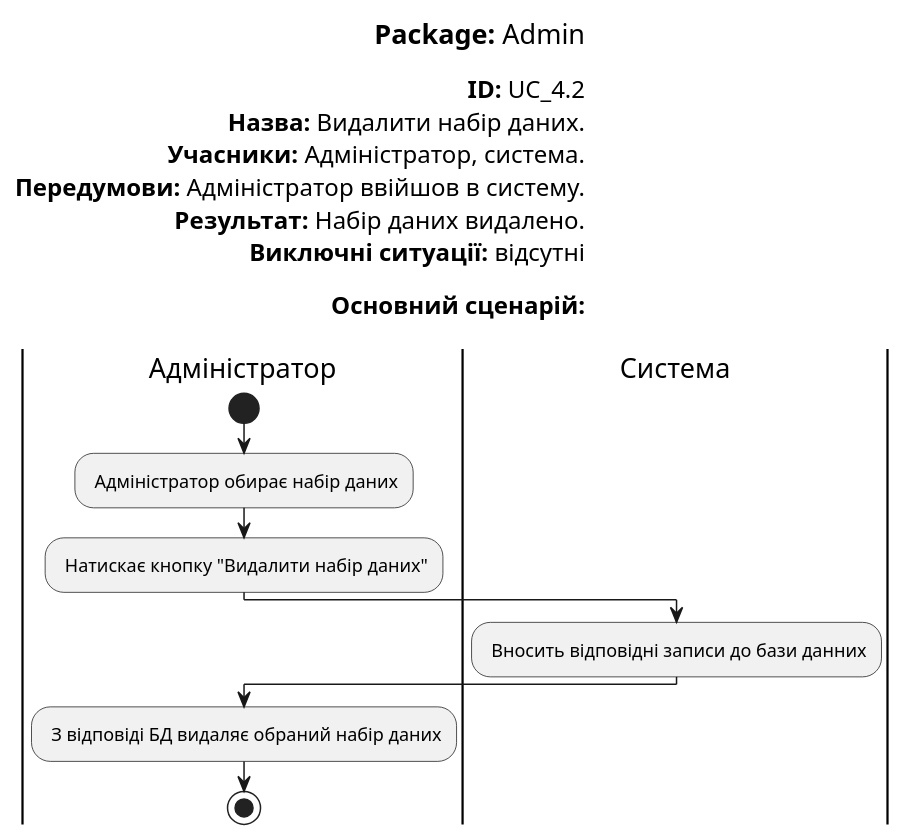
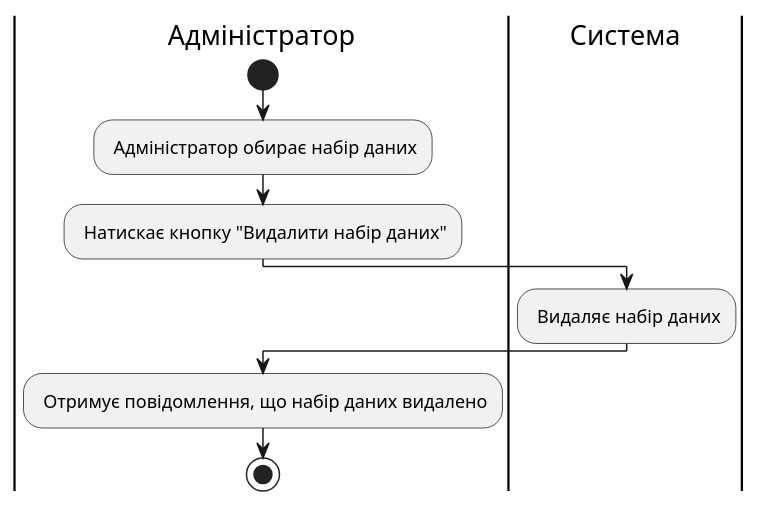
The diagram in src/uml/UC_4.2.puml (KarmazinN/db_open_data), drawn with PlantUML before and after one commit.

```diff
--- a/src/uml/UC_4.2.puml
+++ b/src/uml/UC_4.2.puml
@@ -1,39 +1,27 @@
 @startuml
 skinparam ArchimateBackgroundColor #ffffff
 skinparam	shadowing false
 skinparam Note {
 	BackgroundColor #f85658
 	FontColor #ffffff
 }
 
-left header
-<font color=000 size=18><b>Package:</b> Admin
 
-<font color=000 size=16><b>ID:</b> UC_4.2
-<font color=000 size=16><b>Назва:</b> Видалити набір даних.
-<font color=000 size=16><b>Учасники:</b> Адміністратор, система.
-<font color=000 size=16><b>Передумови:</b> Адміністратор ввійшов в систему.
-<font color=000 size=16><b>Результат:</b> Набір даних видалено.
-<font color=000 size=16><b>Виключні ситуації:</b> відсутні
-
-<font color=000 size=16><b>Основний сценарій:</b>
-
-end header
 
 |Адміністратор|
 start
 : Адміністратор обирає набір даних;
 : Натискає кнопку "Видалити набір даних";
 
 |Система|
 
-: Вносить відповідні записи до бази данних;
+: Видаляє набір даних;
 
 |Адміністратор|
 
-: З відповіді БД видаляє обраний набір даних;
+: Отримує повідомлення, що набір даних видалено;
 
 stop;
 
 
 @enduml
```
